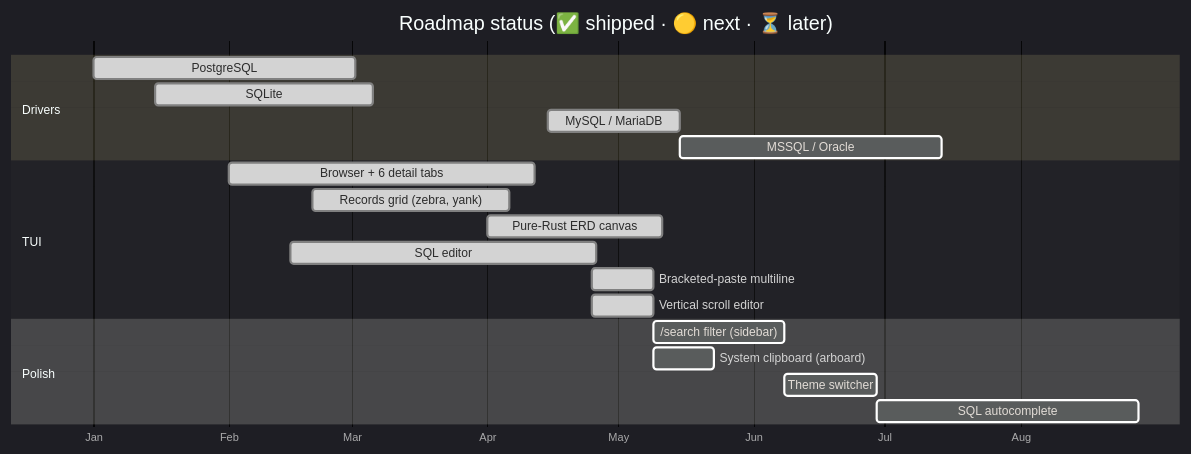
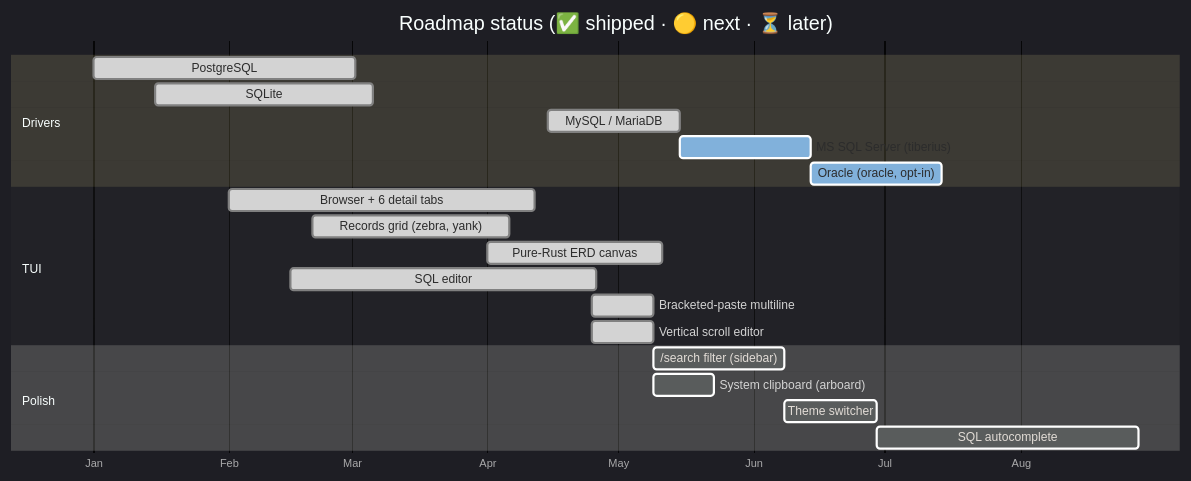
One commit to nt2311-vn/tsql changed the first of 7 diagrams in README.md. Above: the diagram before and after it, drawn with Mermaid. The commit also changed other lines of this file, not shown here.

First line of the commit message:
docs(readme): rename TSQL -> TSQLX, fix Driver-matrix mermaid, document MSSQL/Oracle

````diff
--- a/README.md
+++ b/README.md
@@ -19,24 +19,25 @@
 ```mermaid
 %%{init: {"theme": "dark"}}%%
 gantt
     title Roadmap status (✅ shipped · 🟡 next · ⏳ later)
     dateFormat  YYYY-MM-DD
     axisFormat  %b
     section Drivers
     PostgreSQL                  :done,    pg,   2026-01-01, 60d
     SQLite                      :done,    sl,   2026-01-15, 50d
     MySQL / MariaDB             :done,    my,   2026-04-15, 30d
-    MSSQL / Oracle              :         ms,   after my, 60d
+    MS SQL Server (tiberius)    :active,  ms,   after my, 30d
+    Oracle (oracle, opt-in)     :active,  or,   after ms, 30d
     section TUI
     Browser + 6 detail tabs     :done,    br,   2026-02-01, 70d
     Records grid (zebra, yank)  :done,    rg,   2026-02-20, 45d
     Pure-Rust ERD canvas        :done,    erd,  2026-04-01, 40d
     SQL editor                  :done,    ed,   2026-02-15, 70d
     Bracketed-paste multiline   :done,    bp,   2026-04-25, 14d
     Vertical scroll editor      :done,    vs,   2026-04-25, 14d
     section Polish
     /search filter (sidebar)    :         sf,   after vs, 30d
     System clipboard (arboard)  :         cb,   after vs, 14d
     Theme switcher              :         th,   after sf, 21d
     SQL autocomplete            :         ac,   after th, 60d
 ```
````
